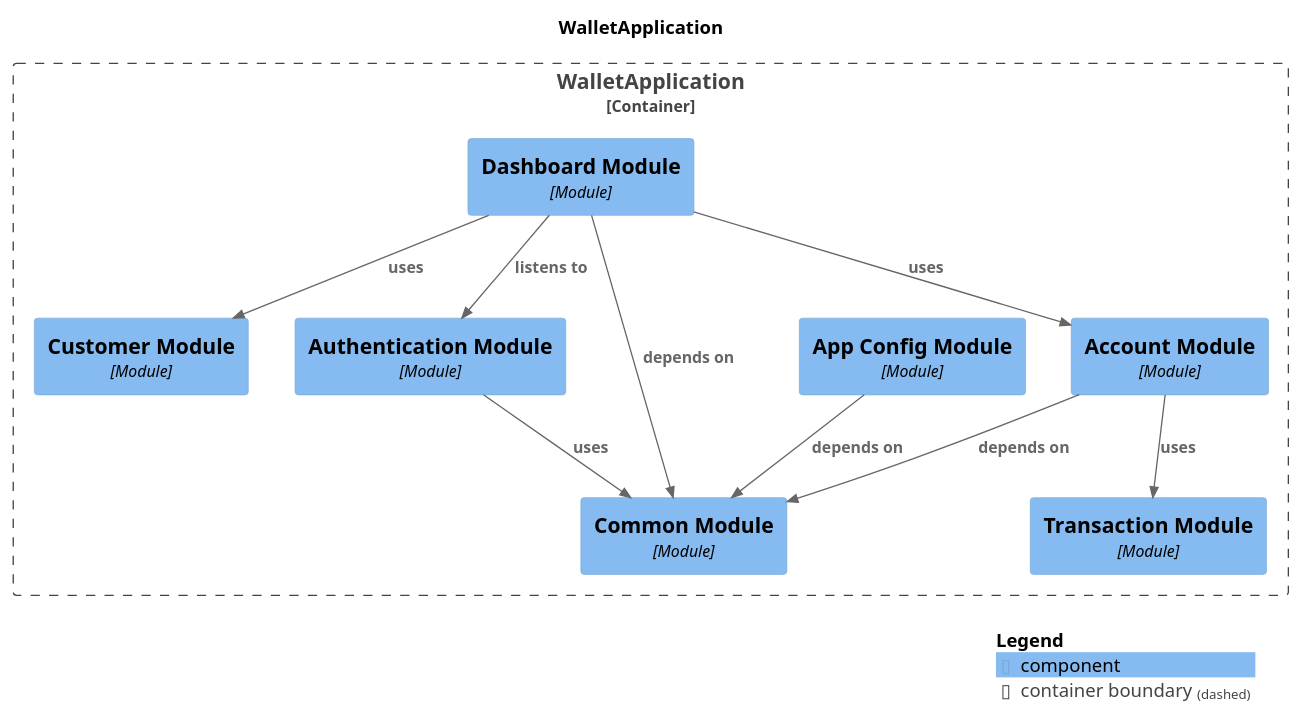
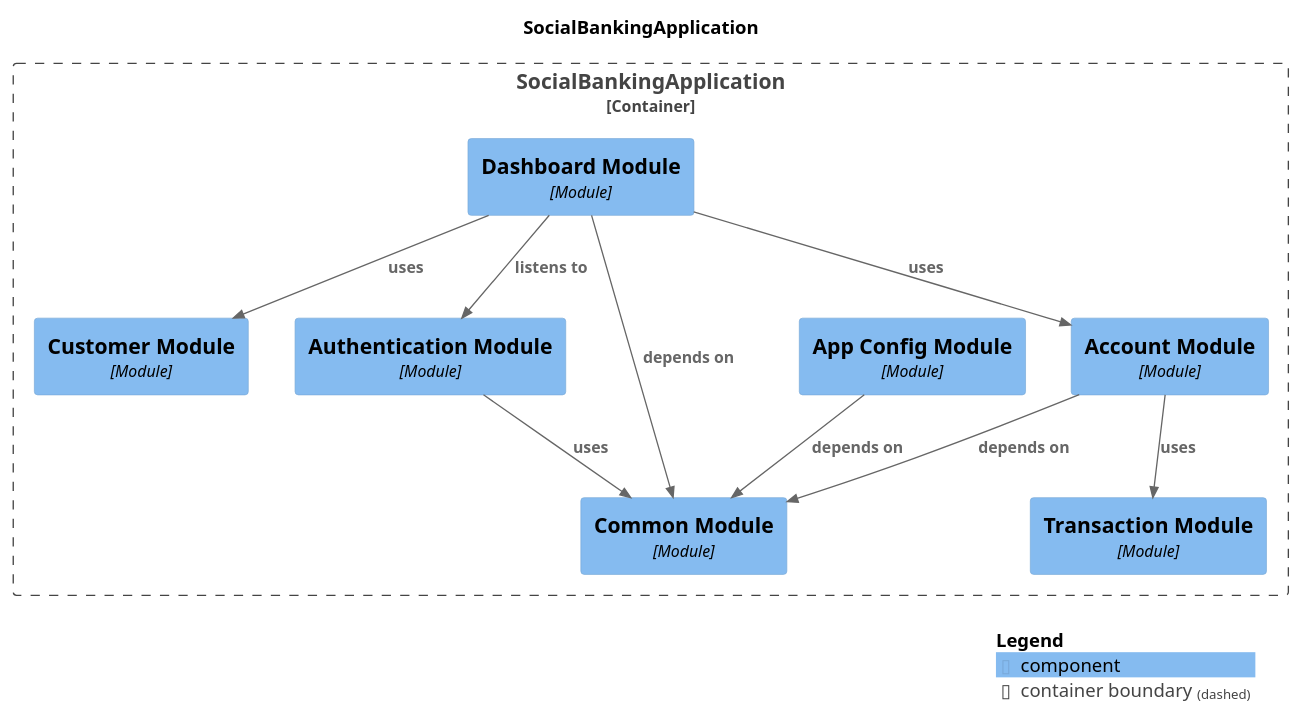
Before and after one commit to len-werawad/wallet-api: the diagram in docs/architecture/components.puml, drawn with PlantUML. The commit also changed other lines of this file and 20 other files, not shown here.

```diff
--- a/docs/architecture/components.puml
+++ b/docs/architecture/components.puml
@@ -1,34 +1,31 @@
 @startuml
-' This file is copied from build output so it can be committed and embedded in README.
-' Regenerate by running: ./gradlew test --tests com.lbk.socialbanking.ModularityTest
-
 set separator none
-title WalletApplication
+title SocialBankingApplication
 
 top to bottom direction
 
 !include <C4/C4>
 !include <C4/C4_Context>
 !include <C4/C4_Component>
 
-Container_Boundary("WalletApplication.WalletApplication_boundary", "WalletApplication", $tags="") {
-  Component(WalletApplication.WalletApplication.CustomerModule, "Customer Module", $techn="Module", $descr="", $tags="", $link="")
-  Component(WalletApplication.WalletApplication.CommonModule, "Common Module", $techn="Module", $descr="", $tags="", $link="")
-  Component(WalletApplication.WalletApplication.AuthenticationModule, "Authentication Module", $techn="Module", $descr="", $tags="", $link="")
-  Component(WalletApplication.WalletApplication.AppConfigModule, "App Config Module", $techn="Module", $descr="", $tags="", $link="")
-  Component(WalletApplication.WalletApplication.AccountModule, "Account Module", $techn="Module", $descr="", $tags="", $link="")
-  Component(WalletApplication.WalletApplication.DashboardModule, "Dashboard Module", $techn="Module", $descr="", $tags="", $link="")
-  Component(WalletApplication.WalletApplication.TransactionModule, "Transaction Module", $techn="Module", $descr="", $tags="", $link="")
+Container_Boundary("SocialBankingApplication.SocialBankingApplication_boundary", "SocialBankingApplication", $tags="") {
+  Component(SocialBankingApplication.SocialBankingApplication.CustomerModule, "Customer Module", $techn="Module", $descr="", $tags="", $link="")
+  Component(SocialBankingApplication.SocialBankingApplication.CommonModule, "Common Module", $techn="Module", $descr="", $tags="", $link="")
+  Component(SocialBankingApplication.SocialBankingApplication.AuthenticationModule, "Authentication Module", $techn="Module", $descr="", $tags="", $link="")
+  Component(SocialBankingApplication.SocialBankingApplication.AppConfigModule, "App Config Module", $techn="Module", $descr="", $tags="", $link="")
+  Component(SocialBankingApplication.SocialBankingApplication.TransactionModule, "Transaction Module", $techn="Module", $descr="", $tags="", $link="")
+  Component(SocialBankingApplication.SocialBankingApplication.AccountModule, "Account Module", $techn="Module", $descr="", $tags="", $link="")
+  Component(SocialBankingApplication.SocialBankingApplication.DashboardModule, "Dashboard Module", $techn="Module", $descr="", $tags="", $link="")
 }
 
-Rel(WalletApplication.WalletApplication.DashboardModule, WalletApplication.WalletApplication.AuthenticationModule, "listens to", $techn="", $tags="", $link="")
-Rel(WalletApplication.WalletApplication.DashboardModule, WalletApplication.WalletApplication.CommonModule, "depends on", $techn="", $tags="", $link="")
-Rel(WalletApplication.WalletApplication.DashboardModule, WalletApplication.WalletApplication.CustomerModule, "uses", $techn="", $tags="", $link="")
-Rel(WalletApplication.WalletApplication.DashboardModule, WalletApplication.WalletApplication.AccountModule, "uses", $techn="", $tags="", $link="")
-Rel(WalletApplication.WalletApplication.AppConfigModule, WalletApplication.WalletApplication.CommonModule, "depends on", $techn="", $tags="", $link="")
-Rel(WalletApplication.WalletApplication.AccountModule, WalletApplication.WalletApplication.CommonModule, "depends on", $techn="", $tags="", $link="")
-Rel(WalletApplication.WalletApplication.AccountModule, WalletApplication.WalletApplication.TransactionModule, "uses", $techn="", $tags="", $link="")
-Rel(WalletApplication.WalletApplication.AuthenticationModule, WalletApplication.WalletApplication.CommonModule, "uses", $techn="", $tags="", $link="")
+Rel(SocialBankingApplication.SocialBankingApplication.DashboardModule, SocialBankingApplication.SocialBankingApplication.AuthenticationModule, "listens to", $techn="", $tags="", $link="")
+Rel(SocialBankingApplication.SocialBankingApplication.DashboardModule, SocialBankingApplication.SocialBankingApplication.CommonModule, "depends on", $techn="", $tags="", $link="")
+Rel(SocialBankingApplication.SocialBankingApplication.DashboardModule, SocialBankingApplication.SocialBankingApplication.CustomerModule, "uses", $techn="", $tags="", $link="")
+Rel(SocialBankingApplication.SocialBankingApplication.DashboardModule, SocialBankingApplication.SocialBankingApplication.AccountModule, "uses", $techn="", $tags="", $link="")
+Rel(SocialBankingApplication.SocialBankingApplication.AppConfigModule, SocialBankingApplication.SocialBankingApplication.CommonModule, "depends on", $techn="", $tags="", $link="")
+Rel(SocialBankingApplication.SocialBankingApplication.AccountModule, SocialBankingApplication.SocialBankingApplication.CommonModule, "depends on", $techn="", $tags="", $link="")
+Rel(SocialBankingApplication.SocialBankingApplication.AccountModule, SocialBankingApplication.SocialBankingApplication.TransactionModule, "uses", $techn="", $tags="", $link="")
+Rel(SocialBankingApplication.SocialBankingApplication.AuthenticationModule, SocialBankingApplication.SocialBankingApplication.CommonModule, "uses", $techn="", $tags="", $link="")
 
 SHOW_LEGEND(true)
 @enduml
```
